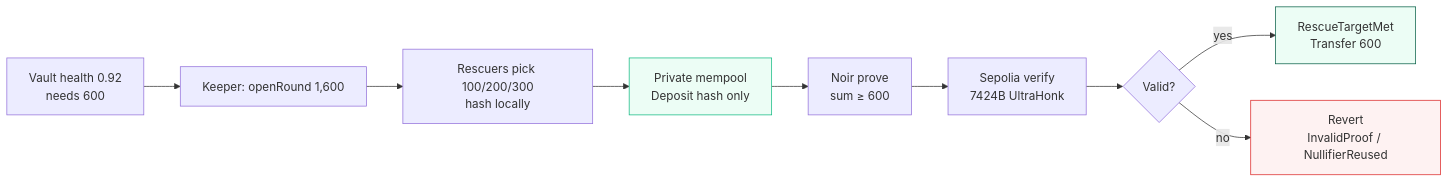
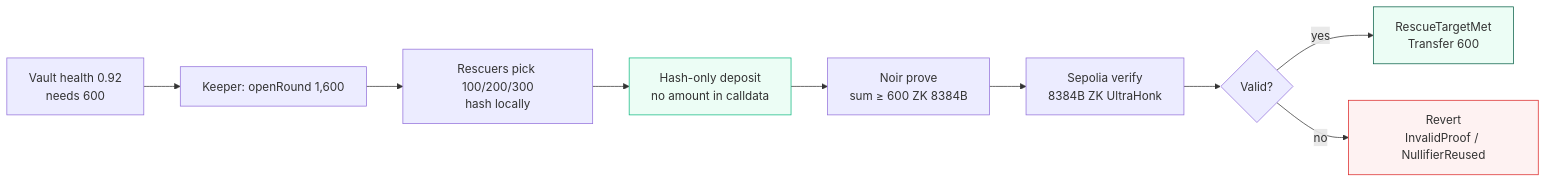
The first of 6 diagrams in README.md (sujalmh/blackswan-relay), drawn with Mermaid before and after one commit. The commit also changed other lines of this file and 7 other files, not shown here.

````diff
--- a/README.md
+++ b/README.md
@@ -30,14 +30,14 @@
 ```mermaid
 flowchart LR
   A[Vault health 0.92<br/>needs 600] --> B[Keeper: openRound 1,600]
   B --> C[Rescuers pick 100/200/300<br/>hash locally]
-  C --> D[Private mempool<br/>Deposit hash only]
-  D --> E[Noir prove<br/>sum ≥ 600]
-  E --> F[Sepolia verify<br/>7424B UltraHonk]
+  C --> D[Hash-only deposit<br/>no amount in calldata]
+  D --> E[Noir prove<br/>sum ≥ 600 ZK 8384B]
+  E --> F[Sepolia verify<br/>8384B ZK UltraHonk]
   F --> G{Valid?}
   G -->|yes| H[RescueTargetMet<br/>Transfer 600]
   G -->|no| I[Revert<br/>InvalidProof / NullifierReused]
   style D fill:#ECFDF5,stroke:#10B981
   style H fill:#ECFDF5,stroke:#065F46
   style I fill:#FEF2F2,stroke:#DC2626
 ```
````
